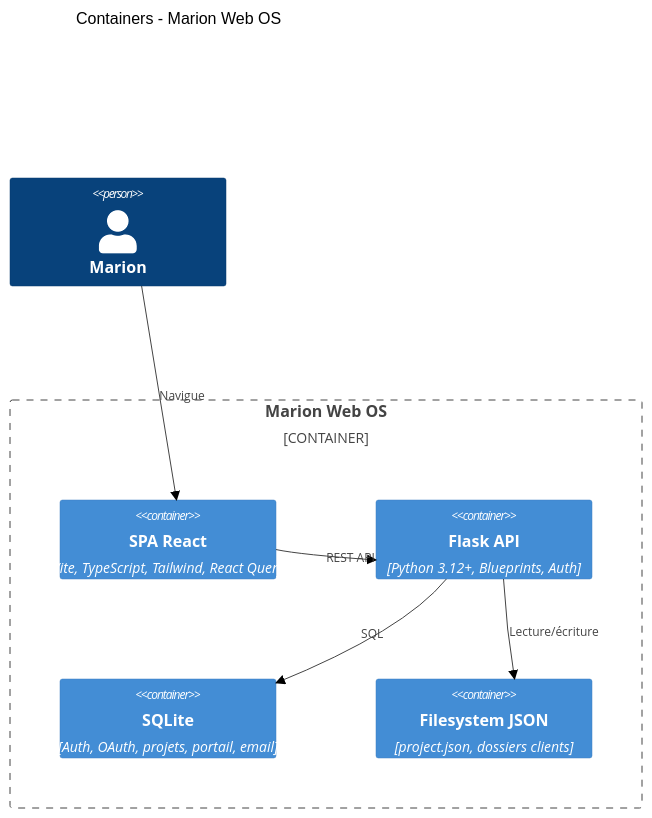
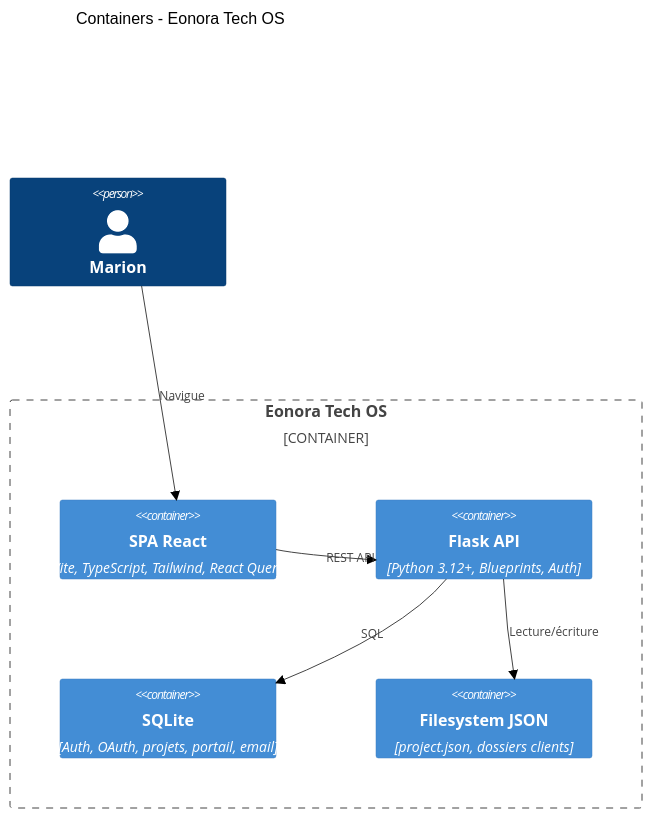
One commit to VilaJo/Marion-Web-OS-v2 changed the first of 2 diagrams in docs/architecture/container-diagram.md. Above: the diagram before and after it, drawn with Mermaid (forest theme). The commit also changed 292 other files, not shown here.

First line of the commit message:
Rebrand to Eonora Tech OS and ship Marion bug fixes.

````diff
--- a/docs/architecture/container-diagram.md
+++ b/docs/architecture/container-diagram.md
@@ -5,18 +5,18 @@
 ```mermaid
 C4Container
-    title Containers - Marion Web OS
+    title Containers - Eonora Tech OS
     
     Person(marion, "Marion")
     
-    Container_Boundary(mwos, "Marion Web OS") {
+    Container_Boundary(mwos, "Eonora Tech OS") {
         Container(spa, "SPA React", "Vite, TypeScript, Tailwind, React Query")
         Container(flask, "Flask API", "Python 3.12+, Blueprints, Auth")
         Container(sqldb, "SQLite", "Auth, OAuth, projets, portail, email")
         Container(jsonfs, "Filesystem JSON", "project.json, dossiers clients")
     }
     
     Rel(marion, spa, "Navigue")
     Rel(spa, flask, "REST API")
     Rel(flask, sqldb, "SQL")
     Rel(flask, jsonfs, "Lecture/écriture")
 ```
````
